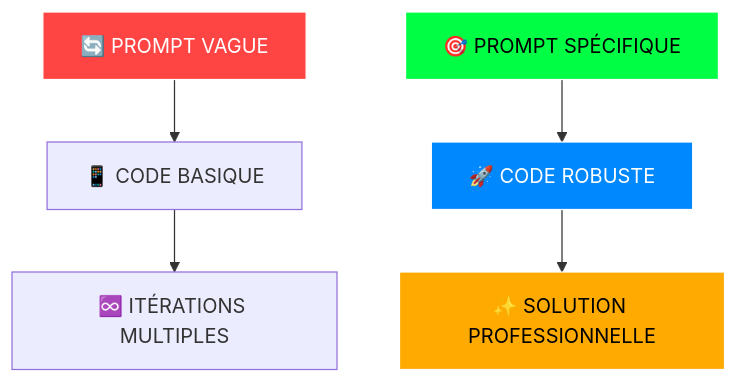
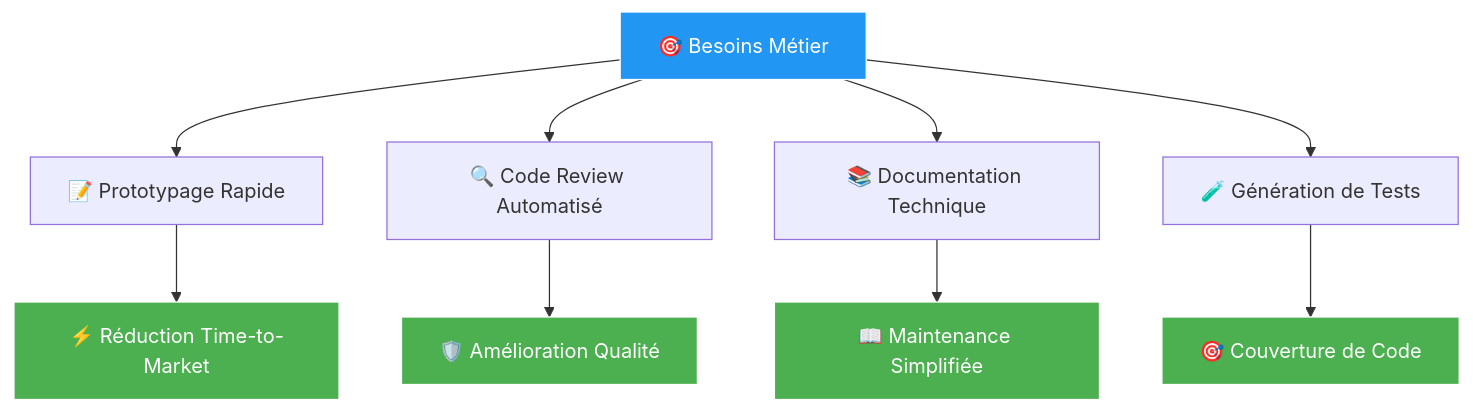
The diagram in README.md (MossabMilha/Examen_Prompt), drawn with Mermaid before and after one commit. The commit also changed other lines of this file, not shown here.

````diff
--- a/README.md
+++ b/README.md
@@ -133,12 +94,18 @@
 ```mermaid
 graph TD
-    A[🔄 PROMPT VAGUE] --> B[📱 CODE BASIQUE]
-    C[🎯 PROMPT SPÉCIFIQUE] --> D[🚀 CODE ROBUSTE]
-    B --> E[♾️ ITÉRATIONS MULTIPLES]
-    D --> F[✨ SOLUTION PROFESSIONNELLE]
+    A[🎯 Besoins Métier] --> B[📝 Prototypage Rapide]
+    A --> C[🔍 Code Review Automatisé]
+    A --> D[📚 Documentation Technique]
+    A --> E[🧪 Génération de Tests]
     
-    style A fill:#ff4444,stroke:#ffffff,color:#ffffff
-    style C fill:#00ff44,stroke:#ffffff,color:#000000
-    style D fill:#0088ff,stroke:#ffffff,color:#ffffff
-    style F fill:#ffaa00,stroke:#ffffff,color:#000000
+    B --> F[⚡ Réduction Time-to-Market]
+    C --> G[🛡️ Amélioration Qualité]
+    D --> H[📖 Maintenance Simplifiée]
+    E --> I[🎯 Couverture de Code]
+    
+    style A fill:#2196f3,stroke:#fff,color:#fff
+    style F fill:#4caf50,stroke:#fff,color:#fff
+    style G fill:#4caf50,stroke:#fff,color:#fff
+    style H fill:#4caf50,stroke:#fff,color:#fff
+    style I fill:#4caf50,stroke:#fff,color:#fff
 ```
````
